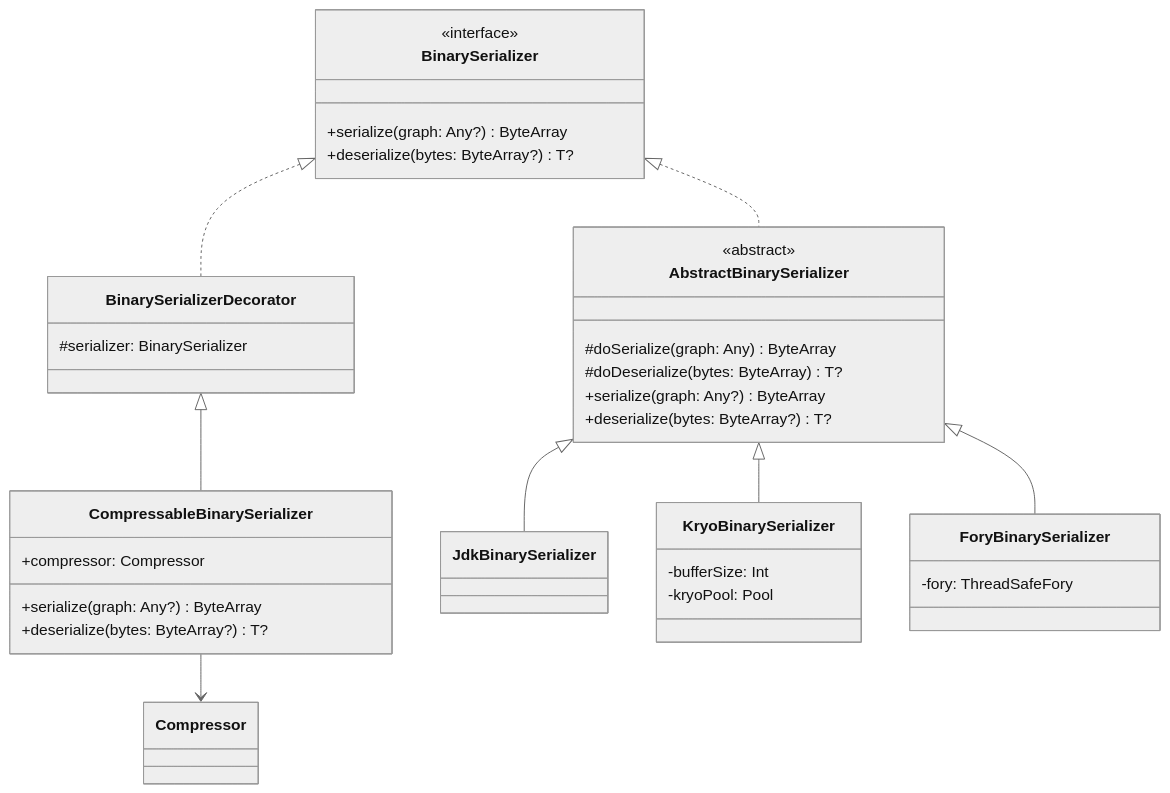
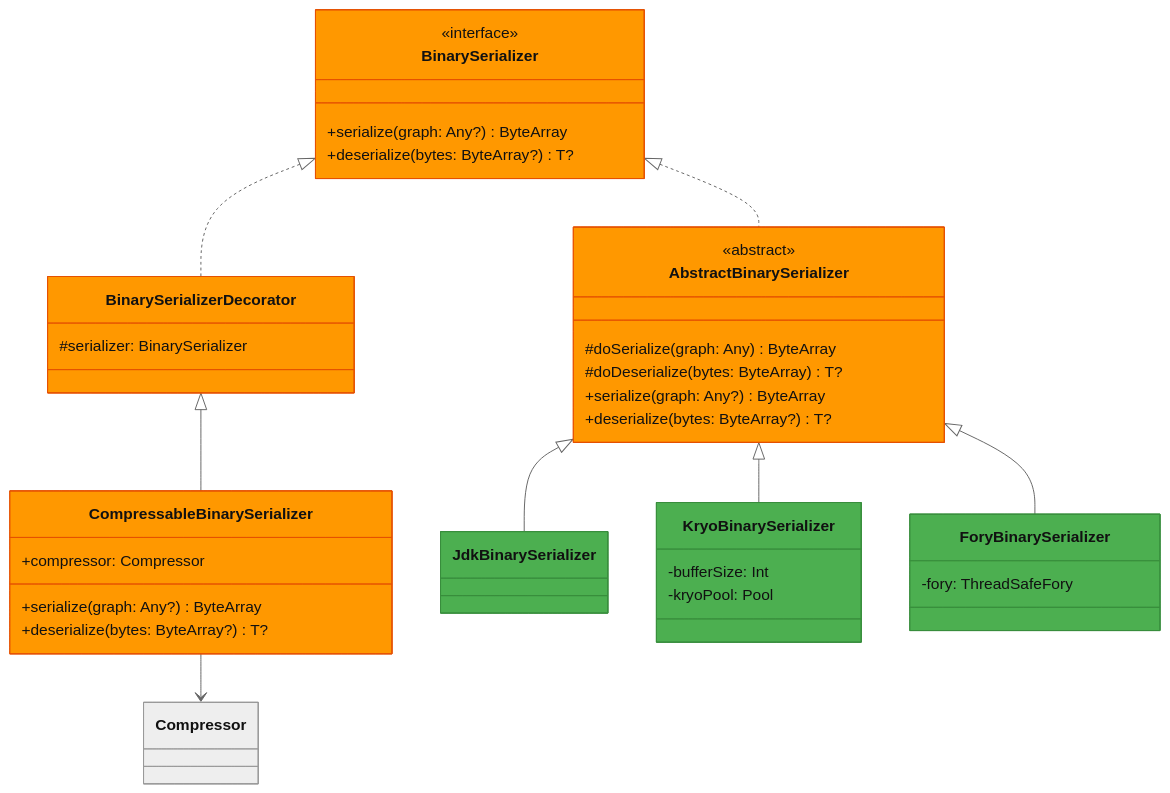
Before and after one commit to bluetape4k/bluetape4k-projects: the second of 4 diagrams in io/io/README.md, drawn with Mermaid (neutral theme). The commit also changed other lines of this file and 74 other files, not shown here.

First line of the commit message:
docs: bluetape4k/core/coroutines/logging, io/feign~vertx README 색상 Mermaid UML 추가

````diff
--- a/io/io/README.md
+++ b/io/io/README.md
@@ -482,43 +487,48 @@
 ```mermaid
 classDiagram
-    class BinarySerializer {
+    class BinarySerializer:::serializerStyle {
         <<interface>>
         +serialize(graph: Any?) ByteArray
         +deserialize(bytes: ByteArray?) T?
     }
 
-    class AbstractBinarySerializer {
+    class AbstractBinarySerializer:::serializerStyle {
         <<abstract>>
         #doSerialize(graph: Any) ByteArray
         #doDeserialize(bytes: ByteArray) T?
         +serialize(graph: Any?) ByteArray
         +deserialize(bytes: ByteArray?) T?
     }
 
-    class BinarySerializerDecorator {
+    class BinarySerializerDecorator:::serializerStyle {
         #serializer: BinarySerializer
     }
 
-    class CompressableBinarySerializer {
+    class CompressableBinarySerializer:::serializerStyle {
         +compressor: Compressor
         +serialize(graph: Any?) ByteArray
         +deserialize(bytes: ByteArray?) T?
     }
 
-    class JdkBinarySerializer
-    class KryoBinarySerializer {
+    class JdkBinarySerializer:::extensionStyle
+    class KryoBinarySerializer:::extensionStyle {
         -bufferSize: Int
         -kryoPool: Pool
     }
-    class ForyBinarySerializer {
+    class ForyBinarySerializer:::extensionStyle {
         -fory: ThreadSafeFory
     }
 
     BinarySerializer <|.. AbstractBinarySerializer
     BinarySerializer <|.. BinarySerializerDecorator
     AbstractBinarySerializer <|-- JdkBinarySerializer
     AbstractBinarySerializer <|-- KryoBinarySerializer
     AbstractBinarySerializer <|-- ForyBinarySerializer
     BinarySerializerDecorator <|-- CompressableBinarySerializer
     CompressableBinarySerializer --> Compressor
+
+    classDef serializerStyle fill:#FF9800,stroke:#E65100
+    classDef extensionStyle fill:#4CAF50,stroke:#388E3C
+    classDef ioStyle fill:#607D8B,stroke:#37474F
+    classDef codecStyle fill:#2196F3,stroke:#1565C0
 ```
````
